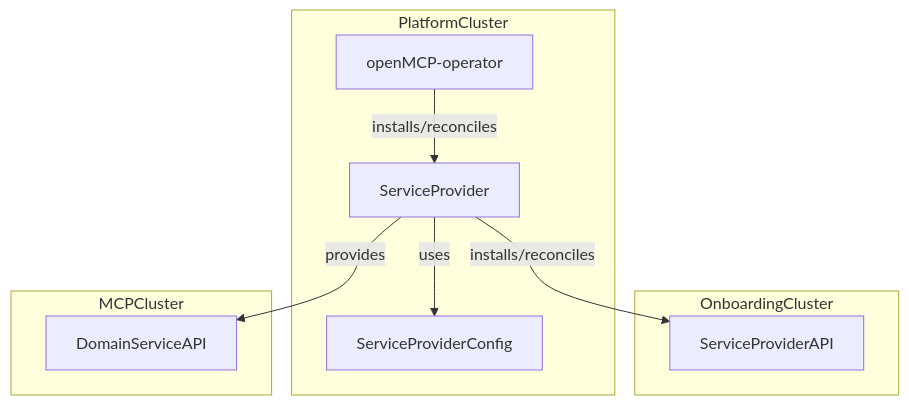
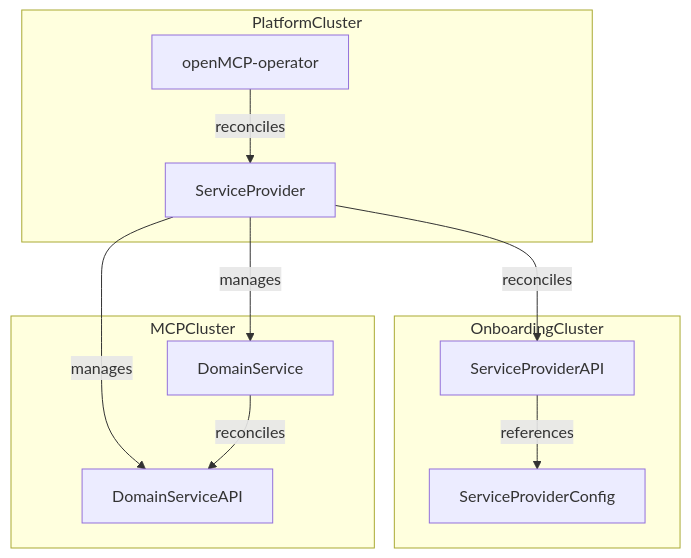
Before and after one commit to openmcp-project/docs: the fourth of 8 diagrams in docs/about/design/service-provider-design.md, drawn with Mermaid. The commit also changed other lines of this file, not shown here.

````diff
--- a/docs/about/design/service-provider-design.md
+++ b/docs/about/design/service-provider-design.md
@@ -99,25 +104,28 @@
 ```mermaid
 graph TD
     %% Onboarding Cluster
     subgraph OnboardingCluster
         SPAPI[ServiceProviderAPI]
+        SPC[ServiceProviderConfig]
     end
 
     %% Platform Cluster
     subgraph PlatformCluster
         SPO[openMCP-operator]
         SP[ServiceProvider]
-        SPC[ServiceProviderConfig]
     end
 
     %% MCP Cluster
     subgraph MCPCluster
+        DS[DomainService]
         DSAPI[DomainServiceAPI]
     end
 
     %% edges
-    SP -->|installs/reconciles|SPAPI
-    SP -->|uses|SPC
-    SP -->|provides|DSAPI
-    SPO-->|installs/reconciles|SP
+    SP -->|reconciles|SPAPI
+    SPAPI -->|references|SPC
+    SP -->|manages|DSAPI
+    SP -->|manages|DS
+    DS -->|reconciles|DSAPI
+    SPO-->|reconciles|SP
 ```
````
